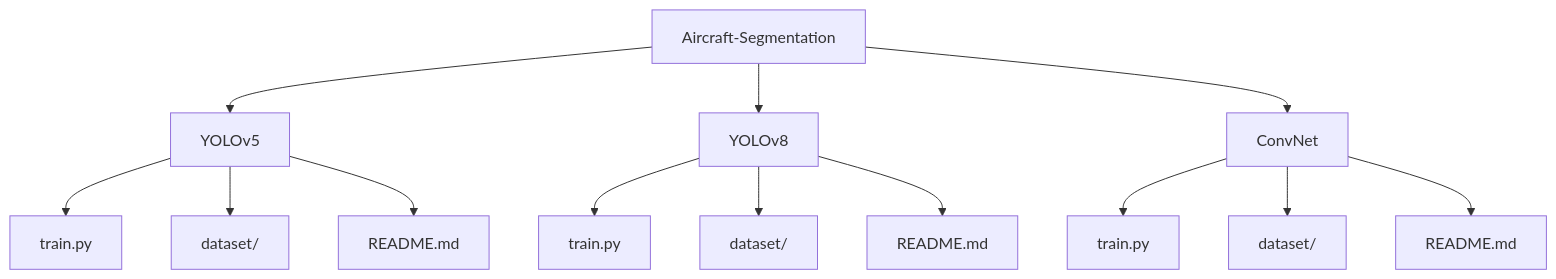
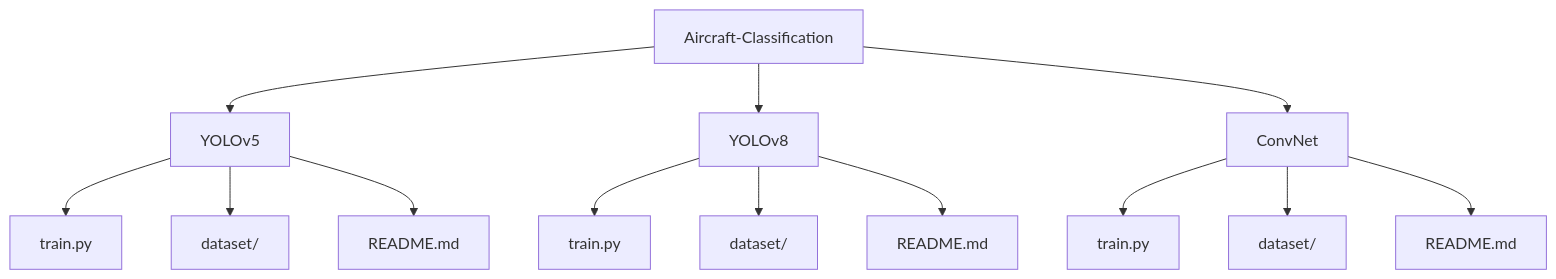
The diagram in README.md (alexneilgreen/Aircraft-Classification-from-Aerial-Imagery), drawn with Mermaid before and after one commit. The commit also changed other lines of this file, not shown here.

````diff
--- a/README.md
+++ b/README.md
@@ -15,20 +15,20 @@
 ```mermaid
 graph TD
-    A[Aircraft-Segmentation]
+    A[Aircraft-Classification]
 
     A --> B[YOLOv5]
     A --> C[YOLOv8]
     A --> D[ConvNet]
 
     B --> B1[train.py]
     B --> B2[dataset/]
     B --> B3[README.md]
 
     C --> C1[train.py]
     C --> C2[dataset/]
     C --> C3[README.md]
 
     D --> D1[train.py]
     D --> D2[dataset/]
     D --> D3[README.md]
 ```
````
